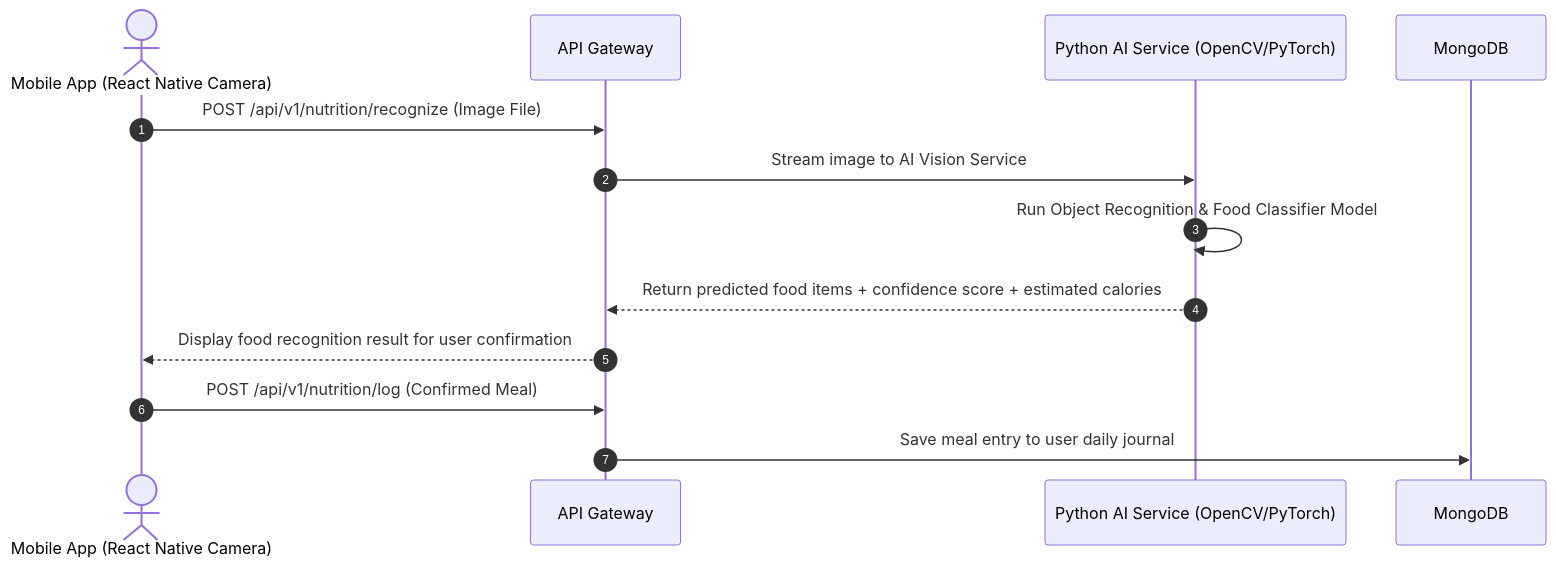
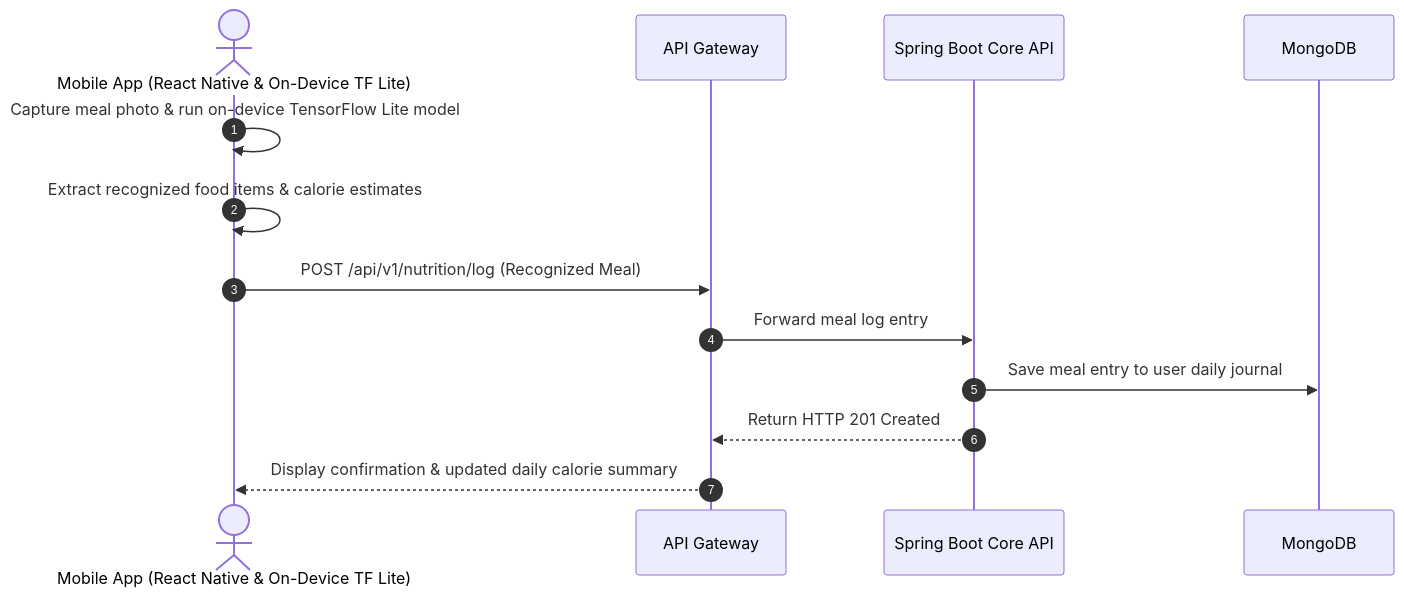
Before and after one commit to Ravindu-Dev/fitflow-redesign: the third of 4 diagrams in docs/activity4-architecture-and-adr.md, drawn with Mermaid. The commit also changed other lines of this file and 8 other files, not shown here.

````diff
--- a/docs/activity4-architecture-and-adr.md
+++ b/docs/activity4-architecture-and-adr.md
@@ -81,16 +75,16 @@
 ```mermaid
 sequenceDiagram
     autonumber
-    actor User as Mobile App (React Native Camera)
+    actor User as Mobile App (React Native & On-Device TF Lite)
     participant GW as API Gateway
-    participant AI as Python AI Service (OpenCV/PyTorch)
+    participant Core as Spring Boot Core API
     participant DB as MongoDB
 
-    User->>GW: POST /api/v1/nutrition/recognize (Image File)
-    GW->>AI: Stream image to AI Vision Service
-    AI->>AI: Run Object Recognition & Food Classifier Model
-    AI-->>GW: Return predicted food items + confidence score + estimated calories
-    GW-->>User: Display food recognition result for user confirmation
-    User->>GW: POST /api/v1/nutrition/log (Confirmed Meal)
-    GW->>DB: Save meal entry to user daily journal
+    User->>User: Capture meal photo & run on-device TensorFlow Lite model
+    User->>User: Extract recognized food items & calorie estimates
+    User->>GW: POST /api/v1/nutrition/log (Recognized Meal)
+    GW->>Core: Forward meal log entry
+    Core->>DB: Save meal entry to user daily journal
+    Core-->>GW: Return HTTP 201 Created
+    GW-->>User: Display confirmation & updated daily calorie summary
 ```
````
